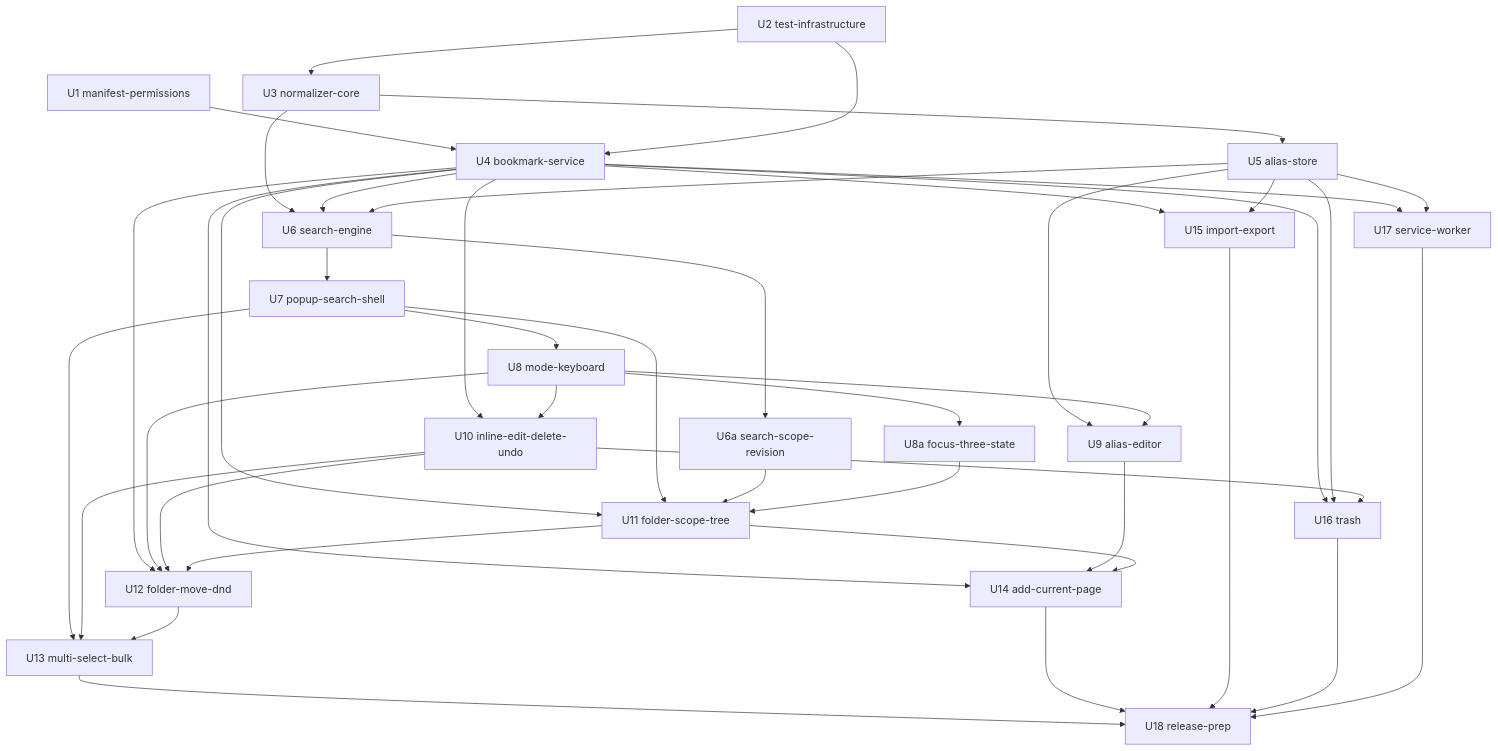
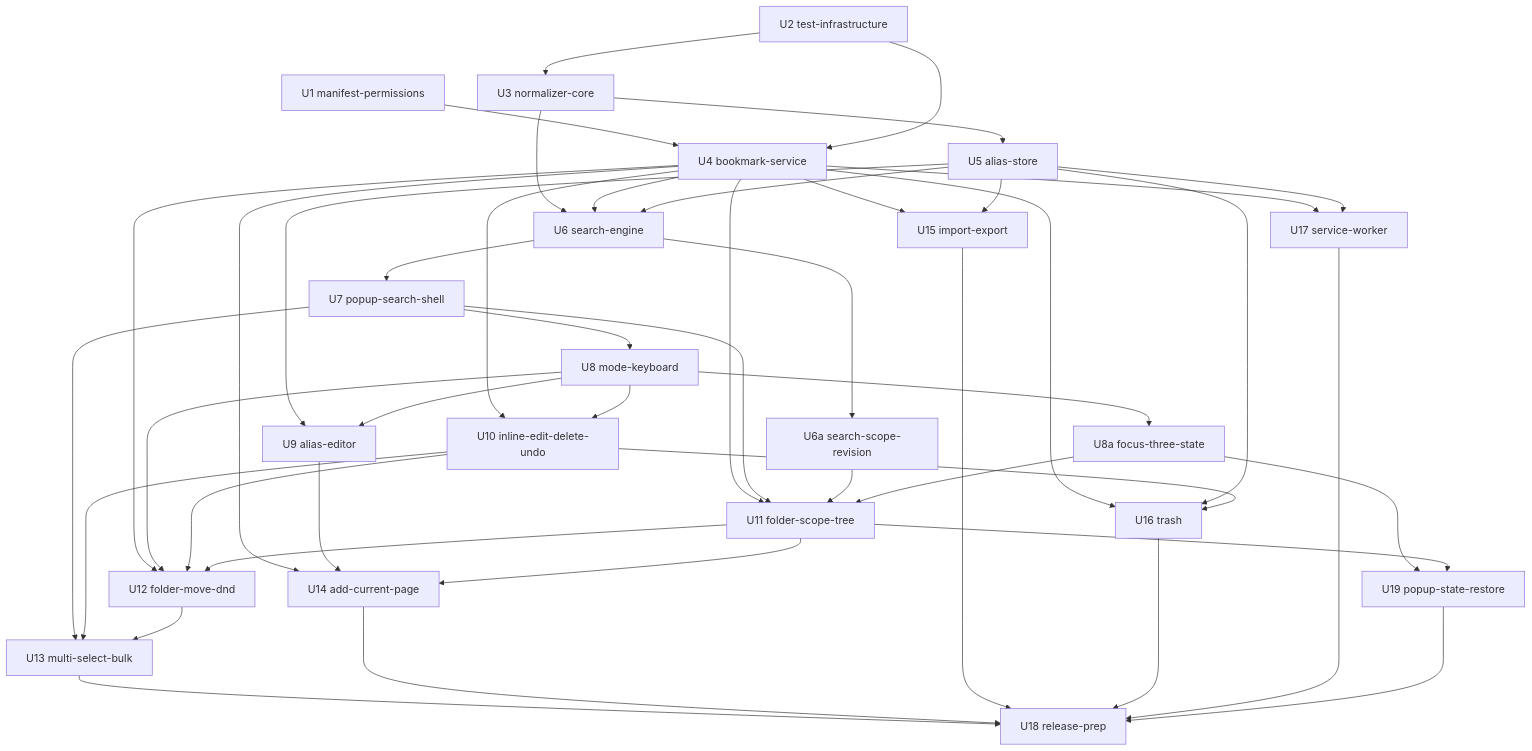
The diagram in docs/mvp-development-flow.md (RyumaKazue/Findmark), drawn with Mermaid before and after one commit. The commit also changed other lines of this file and 12 other files, not shown here.

````diff
--- a/docs/mvp-development-flow.md
+++ b/docs/mvp-development-flow.md
@@ -145,44 +147,47 @@
 ```mermaid
 graph TD
     U1[U1 manifest-permissions] --> U4[U4 bookmark-service]
     U2[U2 test-infrastructure] --> U3[U3 normalizer-core]
     U2 --> U4
     U3 --> U5[U5 alias-store]
     U3 --> U6[U6 search-engine]
     U4 --> U6
     U5 --> U6
     U6 --> U6a[U6a search-scope-revision]
     U6 --> U7[U7 popup-search-shell]
     U7 --> U8[U8 mode-keyboard]
     U8 --> U8a[U8a focus-three-state]
     U5 --> U9[U9 alias-editor]
     U8 --> U9
     U4 --> U10[U10 inline-edit-delete-undo]
     U8 --> U10
     U4 --> U11[U11 folder-scope-tree]
     U7 --> U11
     U6a --> U11
     U8a --> U11
     U4 --> U12[U12 folder-move-dnd]
     U8 --> U12
     U10 --> U12
     U11 --> U12
     U7 --> U13[U13 multi-select-bulk]
     U10 --> U13
     U12 --> U13
     U4 --> U14[U14 add-current-page]
     U9 --> U14
     U11 --> U14
     U4 --> U15[U15 import-export]
     U5 --> U15
     U4 --> U16[U16 trash]
     U5 --> U16
     U10 --> U16
     U4 --> U17[U17 service-worker]
     U5 --> U17
+    U8a --> U19[U19 popup-state-restore]
+    U11 --> U19
     U13 --> U18[U18 release-prep]
     U14 --> U18
     U15 --> U18
     U16 --> U18
     U17 --> U18
+    U19 --> U18
 ```
````
